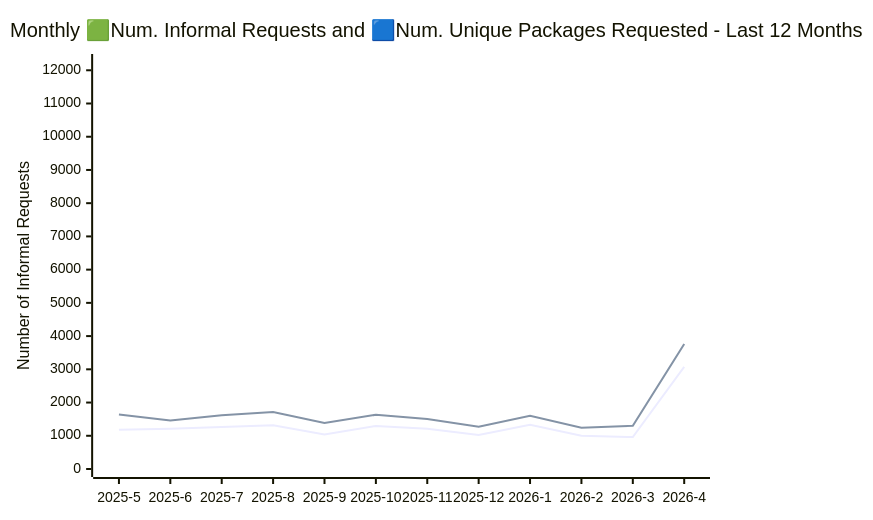
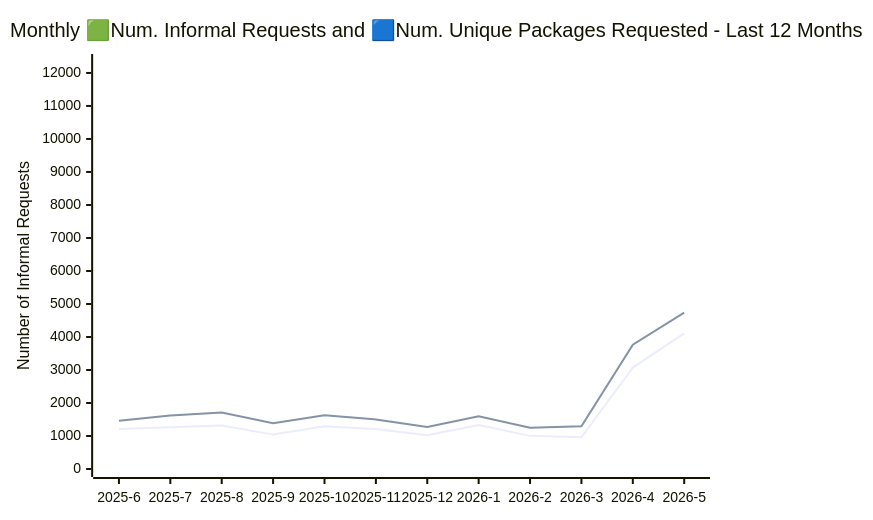
The diagram in ATI_INFORMAL_REPORT/readme.md (open-data/analytics-corporate-reporting), drawn with Mermaid before and after one commit. The commit also changed other lines of this file and 5 other files, not shown here.

````diff
--- a/ATI_INFORMAL_REPORT/readme.md
+++ b/ATI_INFORMAL_REPORT/readme.md
@@ -17,11 +17,11 @@
 ```mermaid
 
 xychart-beta
     title "Monthly 🟩Num. Informal Requests and 🟦Num. Unique Packages Requested - Last 12 Months"
-    x-axis [2025-5, 2025-6, 2025-7, 2025-8, 2025-9, 2025-10, 2025-11, 2025-12, 2026-1, 2026-2, 2026-3, 2026-4]
+    x-axis [2025-6, 2025-7, 2025-8, 2025-9, 2025-10, 2025-11, 2025-12, 2026-1, 2026-2, 2026-3, 2026-4, 2026-5]
     y-axis "Unique Packages" 0 --> 9420
-    y-axis "Number of Informal Requests" 0 --> 12249
+    y-axis "Number of Informal Requests" 0 --> 12332
 
-    line [1181, 1210, 1266, 1315, 1042, 1297, 1212, 1022, 1329, 1004, 960, 3075]
-    line [1642, 1460, 1618, 1714, 1388, 1632, 1503, 1270, 1600, 1244, 1298, 3762]
+    line [1210, 1266, 1315, 1042, 1297, 1212, 1022, 1329, 1004, 960, 3073, 4108]
+    line [1460, 1618, 1714, 1388, 1632, 1503, 1270, 1600, 1247, 1298, 3764, 4740]
 ```
````
